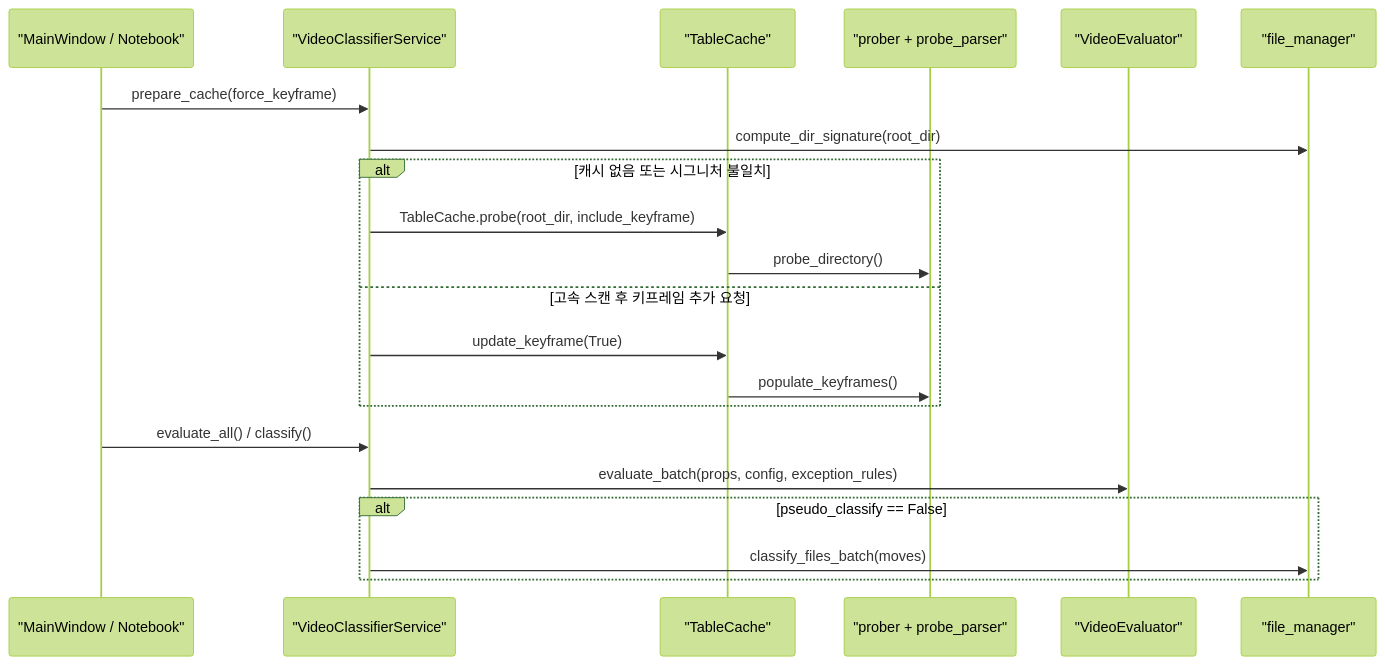
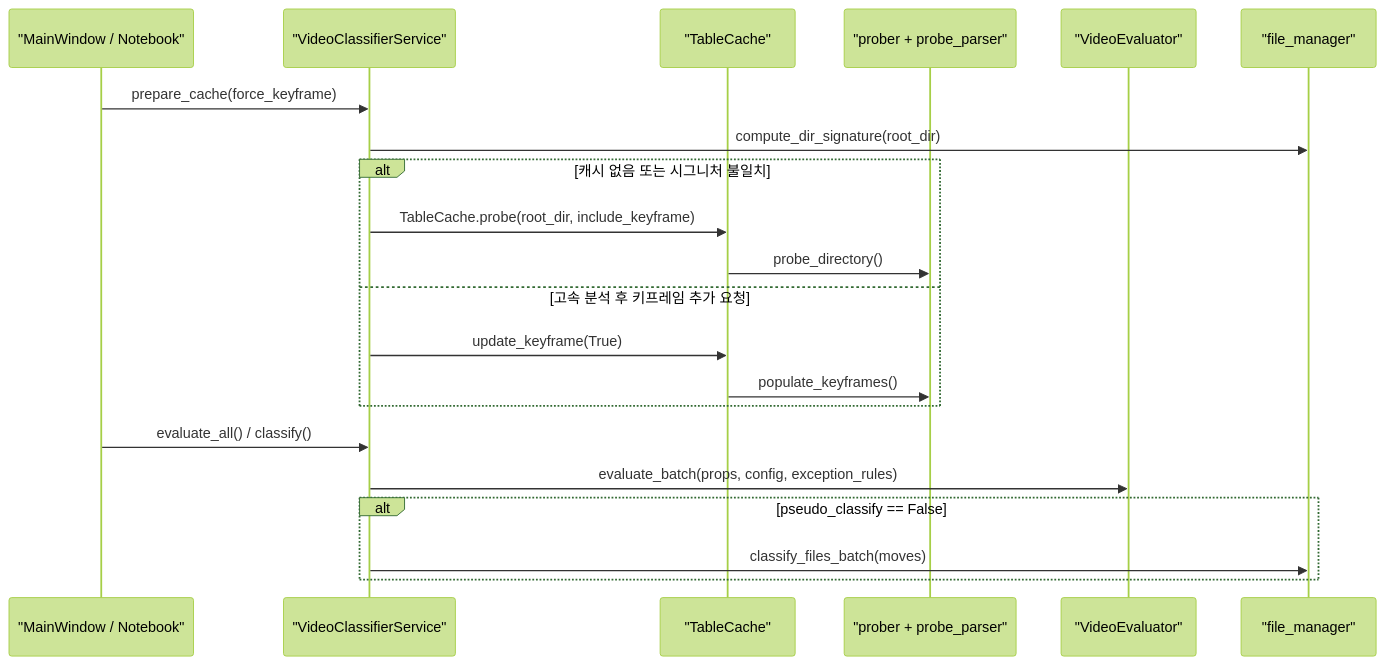
One commit to signal1310/video_scripts changed the second of 2 diagrams in ARCHITECTURE.md. Above: the diagram before and after it, drawn with Mermaid (forest theme). The commit also changed other lines of this file and 53 other files, not shown here.

````diff
--- a/ARCHITECTURE.md
+++ b/ARCHITECTURE.md
@@ -111,24 +111,24 @@
 ```mermaid
 sequenceDiagram
     participant UI as "MainWindow / Notebook"
     participant Service as "VideoClassifierService"
     participant Cache as "TableCache"
     participant Prober as "prober + probe_parser"
     participant Eval as "VideoEvaluator"
     participant FS as "file_manager"
 
     UI->>Service: prepare_cache(force_keyframe)
     Service->>FS: compute_dir_signature(root_dir)
     alt 캐시 없음 또는 시그니처 불일치
         Service->>Cache: TableCache.probe(root_dir, include_keyframe)
         Cache->>Prober: probe_directory()
-    else 고속 스캔 후 키프레임 추가 요청
+    else 고속 분석 후 키프레임 추가 요청
         Service->>Cache: update_keyframe(True)
         Cache->>Prober: populate_keyframes()
     end
     UI->>Service: evaluate_all() / classify()
     Service->>Eval: evaluate_batch(props, config, exception_rules)
     alt pseudo_classify == False
         Service->>FS: classify_files_batch(moves)
     end
 ```
````
